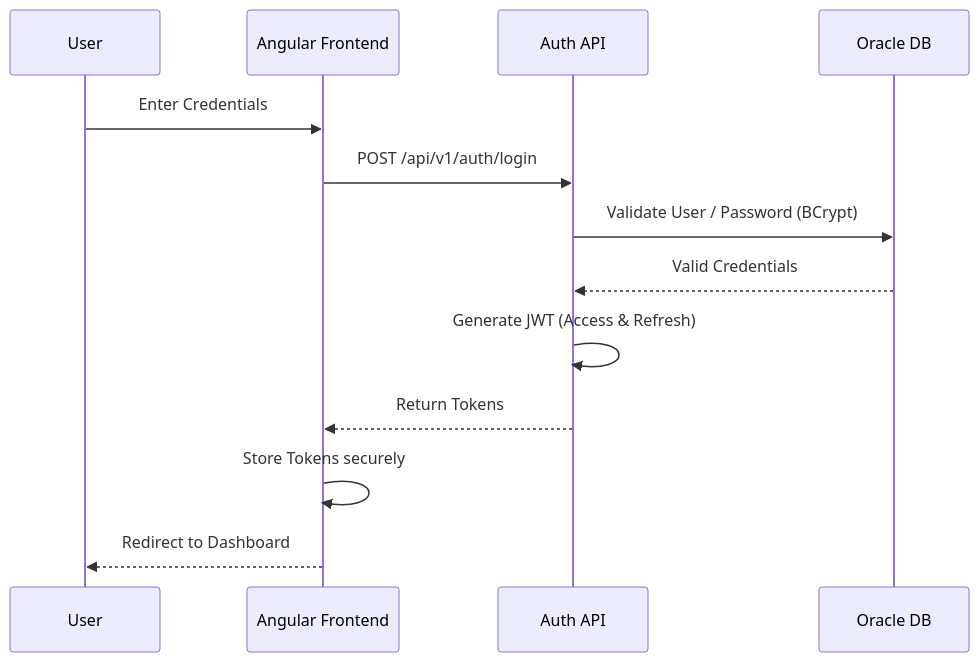
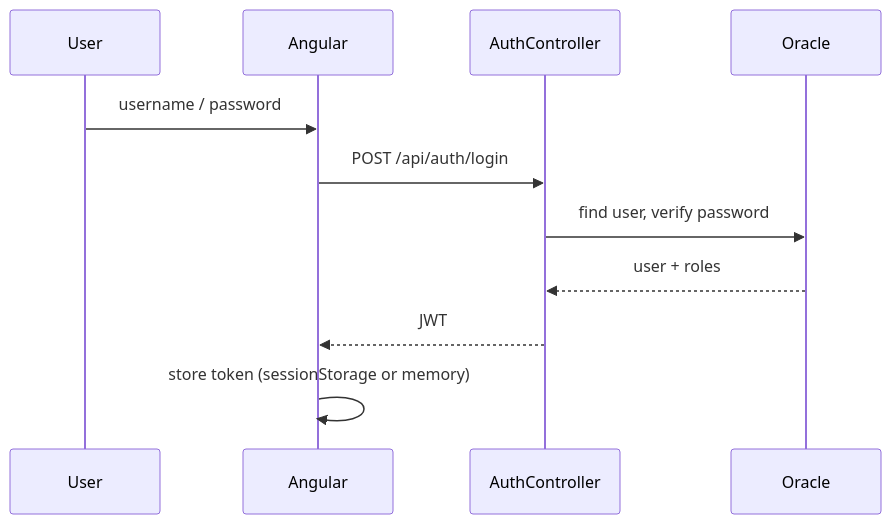
Before and after one commit to kirtika-0102/StockSmart: the first of 4 diagrams in docs/security.md, drawn with Mermaid. The commit also changed other lines of this file and 74 other files, not shown here.

Commit message:
architecture of application

````diff
--- a/docs/security.md
+++ b/docs/security.md
@@ -41,16 +14,14 @@
 ```mermaid
 sequenceDiagram
     participant User
-    participant AngularApp as Angular Frontend
-    participant AuthController as Auth API
-    participant DB as Oracle DB
+    participant Angular as Angular
+    participant API as AuthController
+    participant DB as Oracle
 
-    User->>AngularApp: Enter Credentials
-    AngularApp->>AuthController: POST /api/v1/auth/login
-    AuthController->>DB: Validate User / Password (BCrypt)
-    DB-->>AuthController: Valid Credentials
-    AuthController->>AuthController: Generate JWT (Access & Refresh)
-    AuthController-->>AngularApp: Return Tokens
-    AngularApp->>AngularApp: Store Tokens securely
-    AngularApp-->>User: Redirect to Dashboard
+    User->>Angular: username / password
+    Angular->>API: POST /api/auth/login
+    API->>DB: find user, verify password
+    DB-->>API: user + roles
+    API-->>Angular: JWT
+    Angular->>Angular: store token (sessionStorage or memory)
 ```
````
